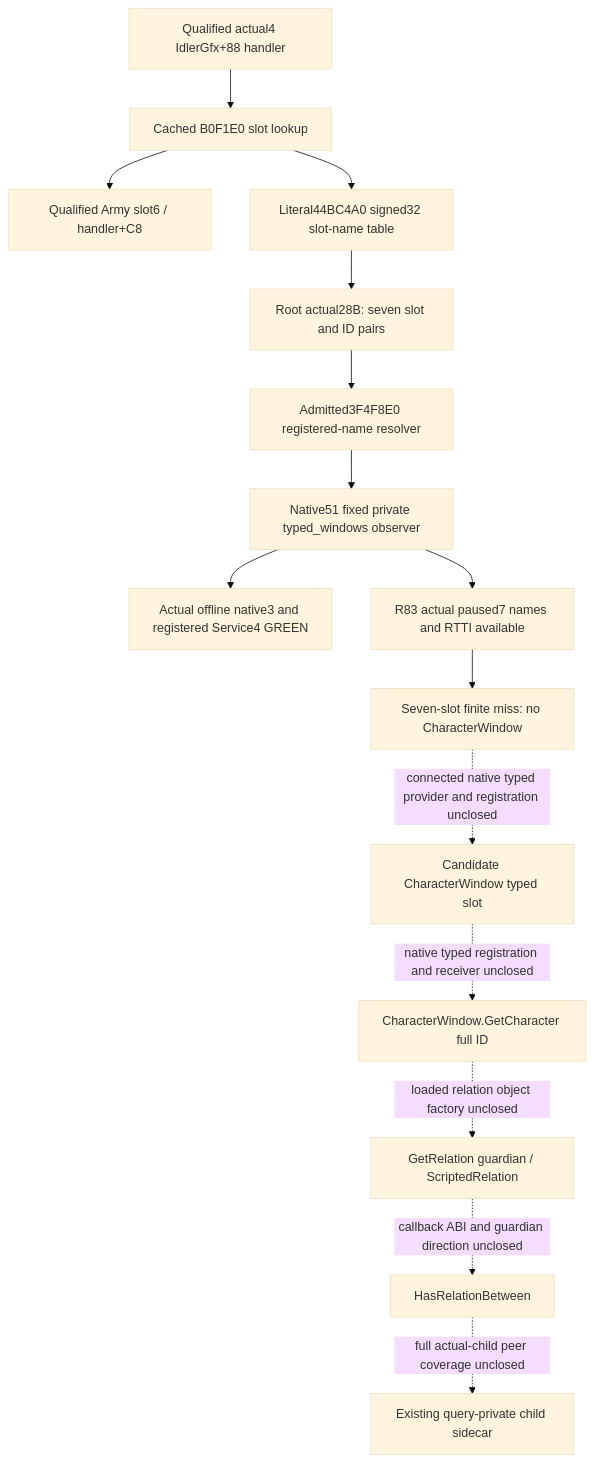
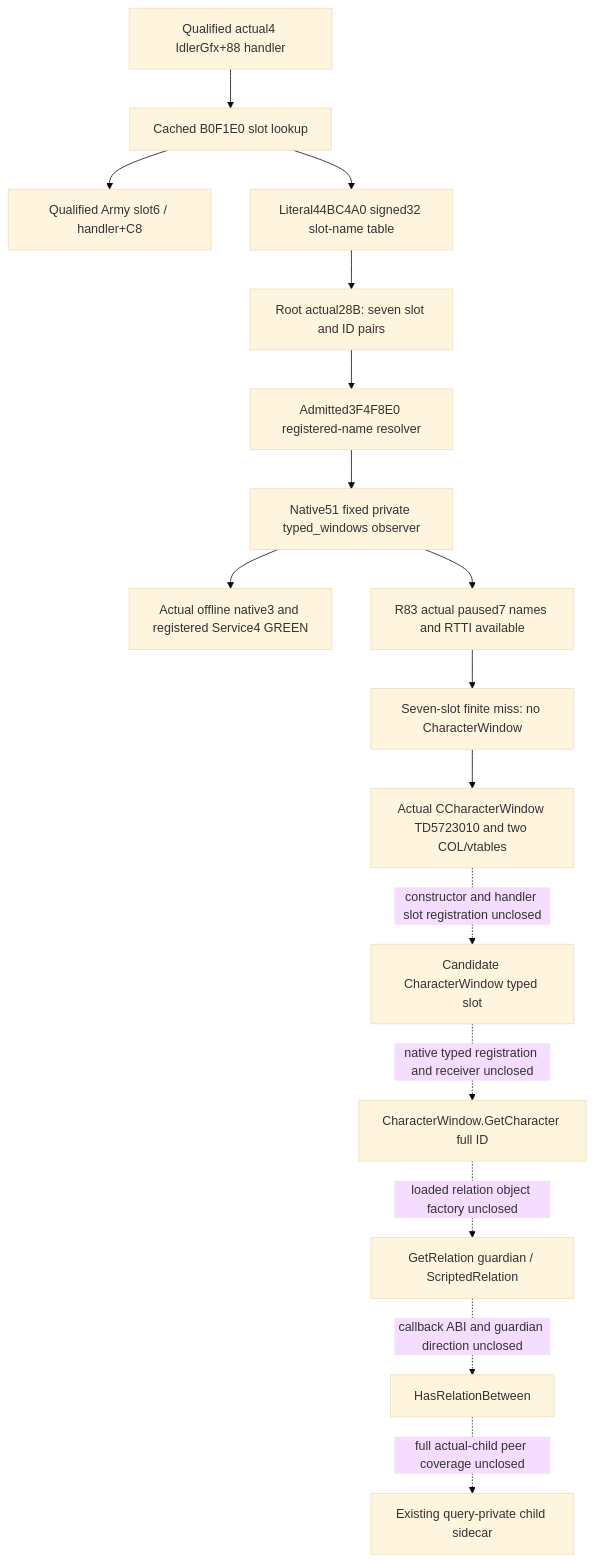
Before and after one commit to XenoAmess/ck3_eternal_recurrence: the second of 2 diagrams in docs/ck3-native-ai/character-window-guardian-native-provider-12004.md, drawn with Mermaid (base theme). The commit also changed other lines of this file, not shown here.

Commit message:
Record named CharacterWindow RTTI and stop Army context expansion

````diff
--- a/docs/ck3-native-ai/character-window-guardian-native-provider-12004.md
+++ b/docs/ck3-native-ai/character-window-guardian-native-provider-12004.md
@@ -232,17 +332,18 @@
 ```mermaid
 flowchart TD
   I[Qualified actual4 IdlerGfx+88 handler] --> S[Cached B0F1E0 slot lookup]
   S --> A[Qualified Army slot6 / handler+C8]
   S --> T[Literal44BC4A0 signed32 slot-name table]
   T --> P[Root actual28B: seven slot and ID pairs]
   P --> N[Admitted3F4F8E0 registered-name resolver]
   N --> D[Native51 fixed private typed_windows observer]
   D --> F[Actual offline native3 and registered Service4 GREEN]
   D --> L[R83 actual paused7 names and RTTI available]
   L --> M[Seven-slot finite miss: no CharacterWindow]
-  M -. connected native typed provider and registration unclosed .-> C[Candidate CharacterWindow typed slot]
+  M --> T2[Actual CCharacterWindow TD5723010 and two COL/vtables]
+  T2 -. constructor and handler slot registration unclosed .-> C[Candidate CharacterWindow typed slot]
   C -. native typed registration and receiver unclosed .-> G[CharacterWindow.GetCharacter full ID]
   G -. loaded relation object factory unclosed .-> R[GetRelation guardian / ScriptedRelation]
   R -. callback ABI and guardian direction unclosed .-> H[HasRelationBetween]
   H -. full actual-child peer coverage unclosed .-> O[Existing query-private child sidecar]
 ```
````
